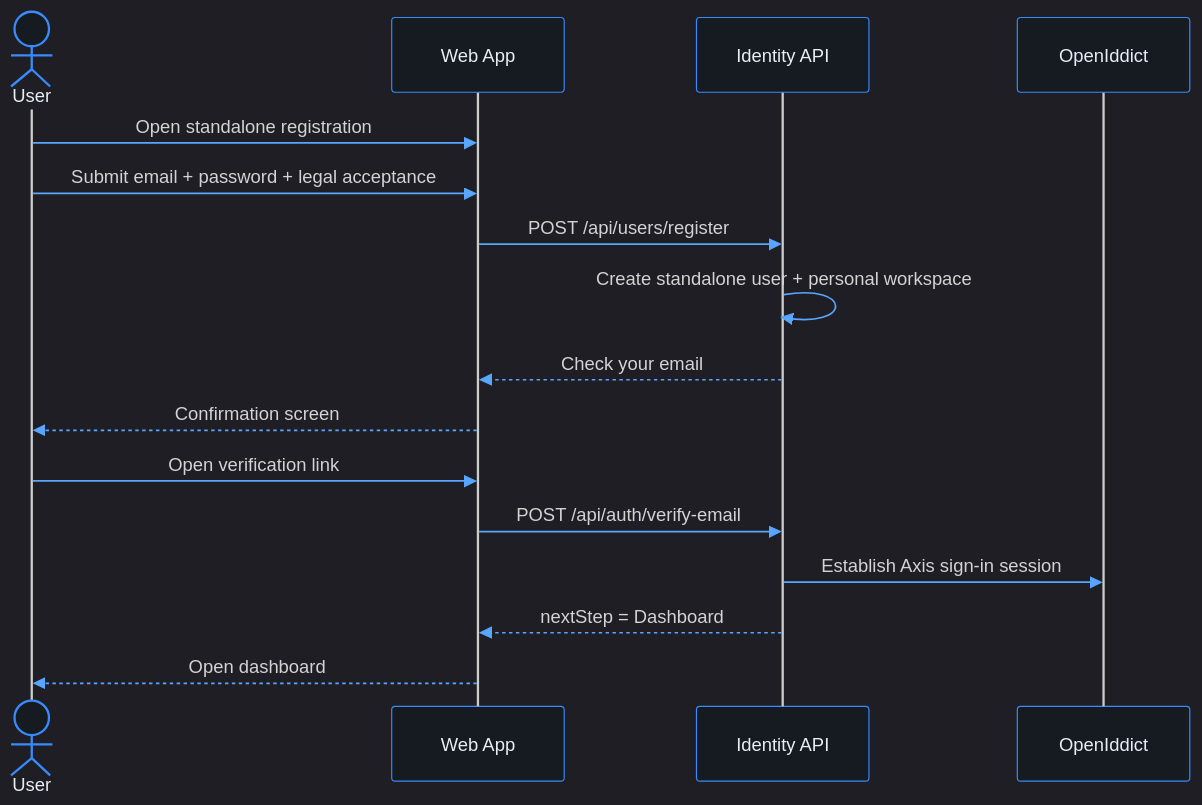
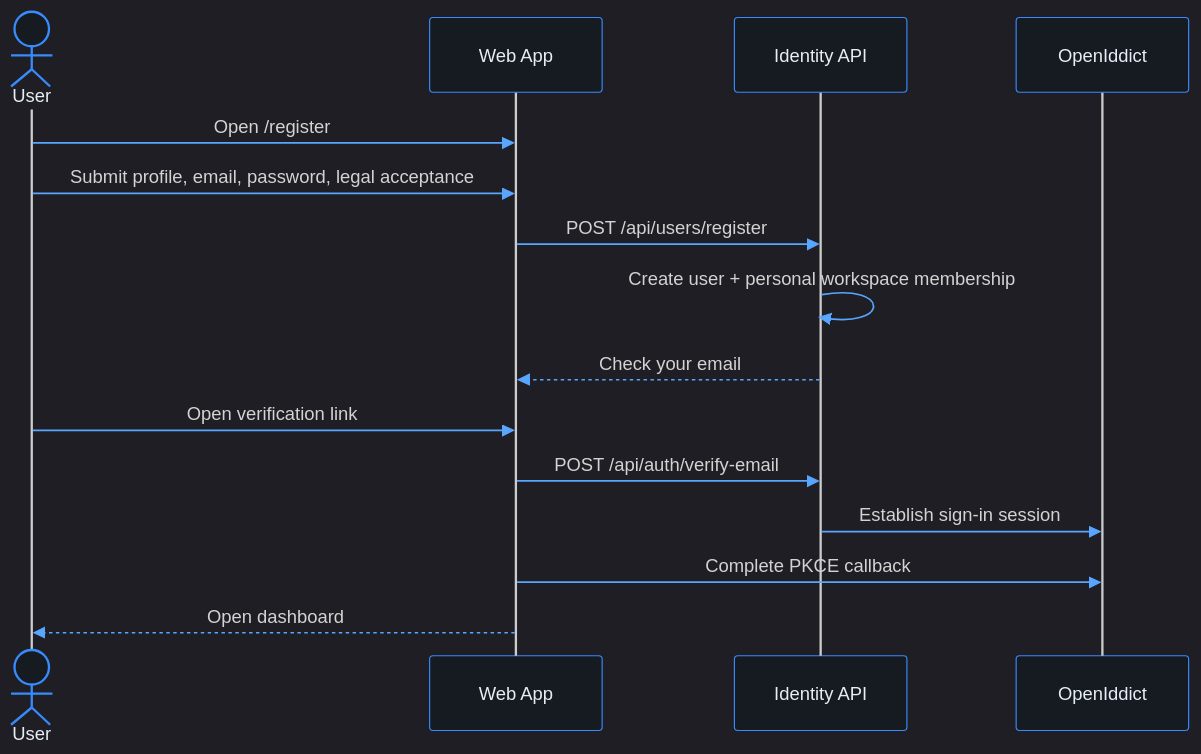
The diagram in docs/use-cases/identity-access/register-user/README.md (phuongnse/axis), drawn with Mermaid before and after one commit. The commit also changed other lines of this file and 1256 other files, not shown here.

Commit message:
refactor: keep register-user slice only

````diff
--- a/docs/use-cases/identity-access/register-user/README.md
+++ b/docs/use-cases/identity-access/register-user/README.md
@@ -96,20 +81,19 @@
 ```mermaid
 %%{init: {'theme':'dark','themeVariables':{'background':'#0d1117','mainBkg':'#0d1117','primaryColor':'#161b22','primaryBorderColor':'#388bfd','primaryTextColor':'#e6edf3','secondaryColor':'#21262d','secondaryBorderColor':'#388bfd','secondaryTextColor':'#e6edf3','tertiaryColor':'#161b22','tertiaryTextColor':'#e6edf3','lineColor':'#58a6ff','textColor':'#e6edf3','nodeBorder':'#388bfd','clusterBkg':'#161b22','clusterBorder':'#388bfd','titleColor':'#e6edf3','edgeLabelBackground':'#161b22','actorBkg':'#161b22','actorBorder':'#388bfd','actorTextColor':'#e6edf3','signalColor':'#58a6ff','labelBoxBkgColor':'#161b22','labelBoxBorderColor':'#388bfd','noteBkgColor':'#161b22','noteBorderColor':'#388bfd','noteTextColor':'#c9d1d9','activationBkgColor':'#30363d'}}}%%
 sequenceDiagram
   actor User
   participant Web as Web App
   participant API as Identity API
   participant OIDC as OpenIddict
 
-  User->>Web: Open standalone registration
-  User->>Web: Submit email + password + legal acceptance
+  User->>Web: Open /register
+  User->>Web: Submit profile, email, password, legal acceptance
   Web->>API: POST /api/users/register
-  API->>API: Create standalone user + personal workspace
+  API->>API: Create user + personal workspace membership
   API-->>Web: Check your email
-  Web-->>User: Confirmation screen
   User->>Web: Open verification link
   Web->>API: POST /api/auth/verify-email
-  API->>OIDC: Establish Axis sign-in session
-  API-->>Web: nextStep = Dashboard
+  API->>OIDC: Establish sign-in session
+  Web->>OIDC: Complete PKCE callback
   Web-->>User: Open dashboard
 ```
````
